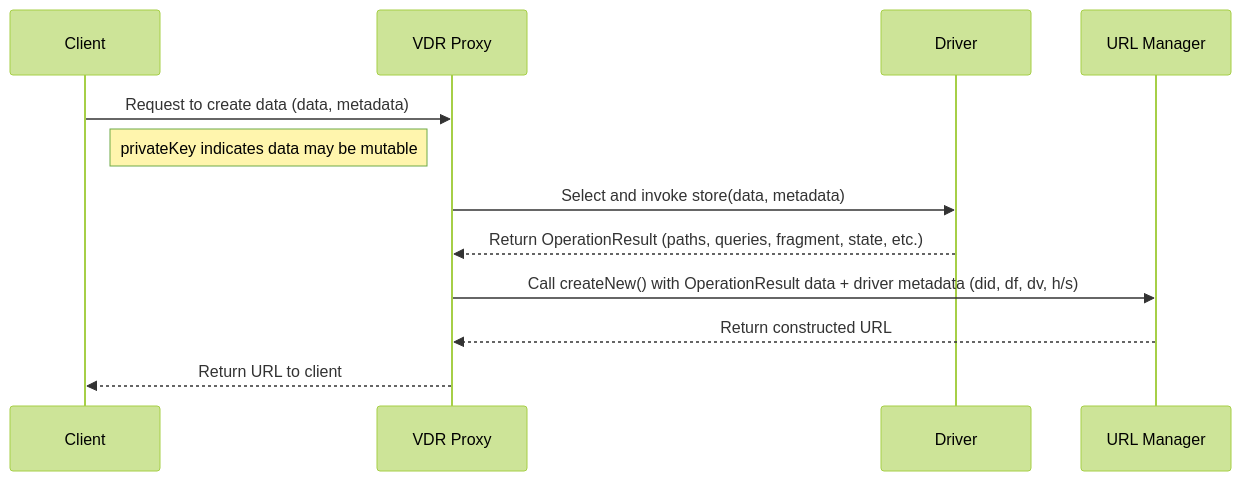
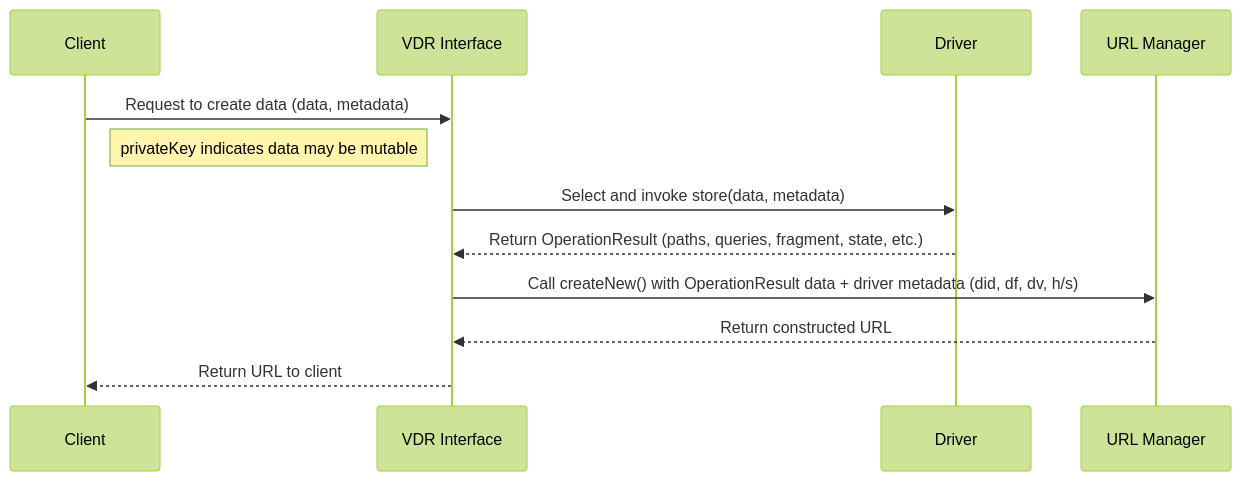
One commit to hyperledger-identus/vdr changed the second of 5 diagrams in README.md. Above: the diagram before and after it, drawn with Mermaid (forest theme). The commit also changed other lines of this file, not shown here.

````diff
--- a/README.md
+++ b/README.md
@@ -323,15 +323,15 @@
 ```mermaid
 sequenceDiagram
     participant C as Client
-    participant V as VDR Proxy
+    participant V as VDR Interface
     participant D as Driver
     participant U as URL Manager
 
     C->>V: Request to create data (data, metadata)
     note right of C: privateKey indicates data may be mutable
     V->>D: Select and invoke store(data, metadata)
     D-->>V: Return OperationResult (paths, queries, fragment, state, etc.)
     V->>U: Call createNew() with OperationResult data + driver metadata (did, df, dv, h/s)
     U-->>V: Return constructed URL
     V-->>C: Return URL to client
 ```
````
